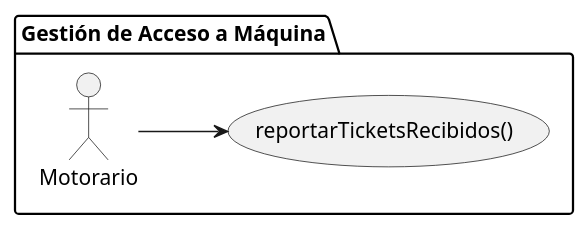
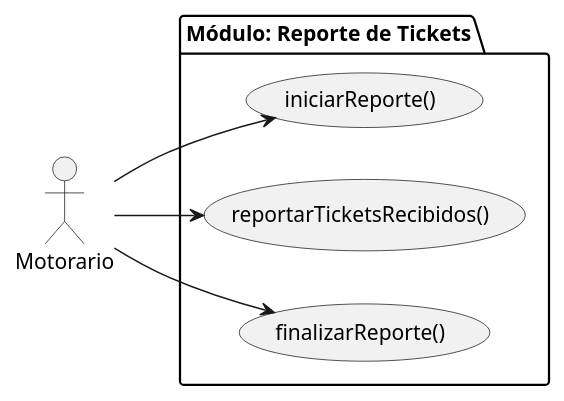
Before and after one commit to aeRomeroz/pyTicketing: the diagram in UML/00-requisitos/01-actores-casosDeUso/00-actores/Motorario/DdCdU-motorario.puml, drawn with PlantUML. The commit also changed 14 other files, not shown here.

First line of the commit message:
refactor(casos-de-uso): estandarizar diagramas de casos de uso y relaciones UML

```diff
--- a/UML/00-requisitos/01-actores-casosDeUso/00-actores/Motorario/DdCdU-motorario.puml
+++ b/UML/00-requisitos/01-actores-casosDeUso/00-actores/Motorario/DdCdU-motorario.puml
@@ -1,16 +1,17 @@
-@startuml diagrama-casos-uso-motorario
+@startuml DdCdU-motorario
 
 left to right direction
 
-package "Gestión de Acceso a Máquina" {
+actor "Motorario" as motorario
 
-    actor "Motorario" as motorario
-
+package "Módulo: Reporte de Tickets" {
+    usecase iniciarReporte as "iniciarReporte()"
     usecase reportarTicketsRecibidos as "reportarTicketsRecibidos()"
-
+    usecase finalizarReporte as "finalizarReporte()"
 }
 
+motorario --> iniciarReporte
 motorario --> reportarTicketsRecibidos
-
+motorario --> finalizarReporte
 
 @enduml
```
